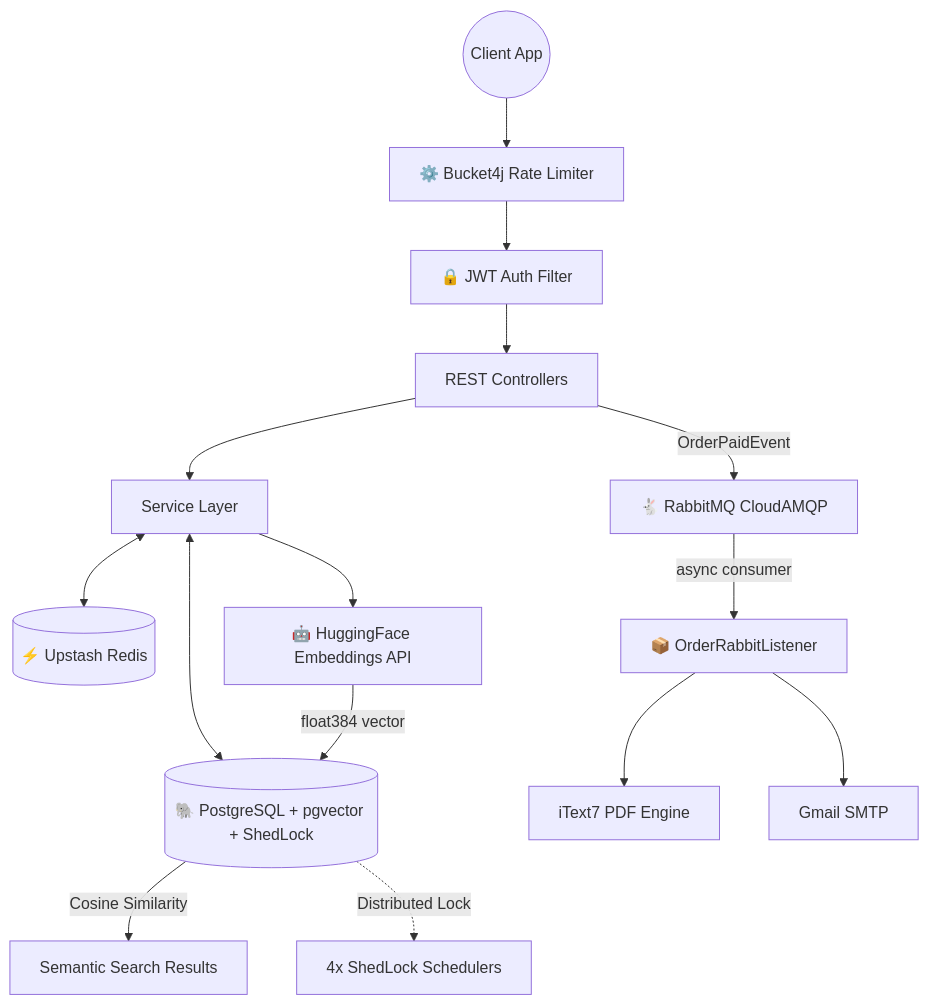
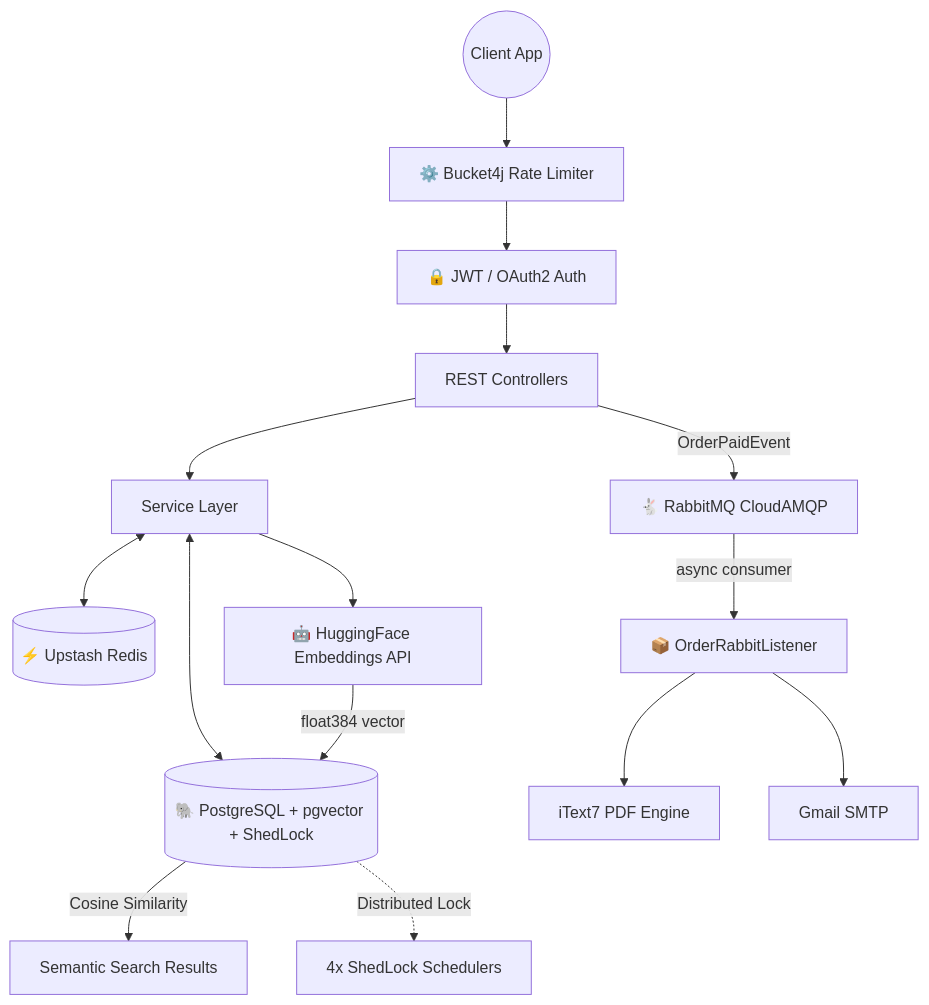
Before and after one commit to manish5200/CognitoCart: the diagram in README.md, drawn with Mermaid. The commit also changed other lines of this file and 1 other file, not shown here.

Commit message:
docs: update README to reflect OAuth 2.0 integration, OOM-protection measures, and updated project setup instructions

````diff
--- a/README.md
+++ b/README.md
@@ -137,21 +117,21 @@
 ```mermaid
 graph TD
     Client((Client App)) --> RL[⚙️ Bucket4j Rate Limiter]
-    RL --> JWT[🔒 JWT Auth Filter]
+    RL --> JWT[🔒 JWT / OAuth2 Auth]
     JWT --> API[REST Controllers]
 
     API --> SVC[Service Layer]
     API -->|OrderPaidEvent| MQ[🐇 RabbitMQ CloudAMQP]
 
     SVC <--> Cache[(⚡ Upstash Redis)]
     SVC <--> DB[(🐘 PostgreSQL + pgvector + ShedLock)]
     SVC --> AI[🤖 HuggingFace Embeddings API]
 
     MQ -->|async consumer| Worker[📦 OrderRabbitListener]
     Worker --> PDF[iText7 PDF Engine]
     Worker --> Email[Gmail SMTP]
 
     AI -->|float384 vector| DB
     DB -->|Cosine Similarity| SEARCH[Semantic Search Results]
     DB -.->|Distributed Lock| SCHED[4x ShedLock Schedulers]
 ```
````
